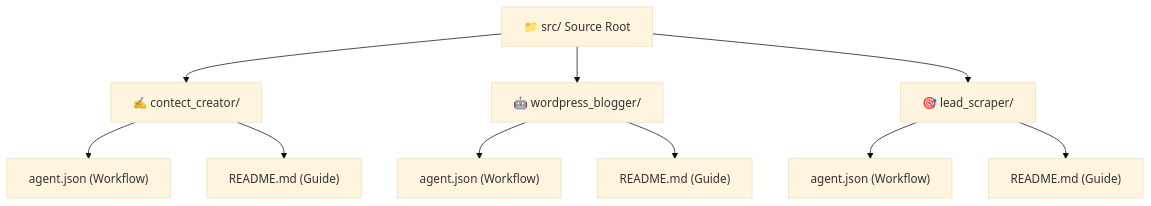
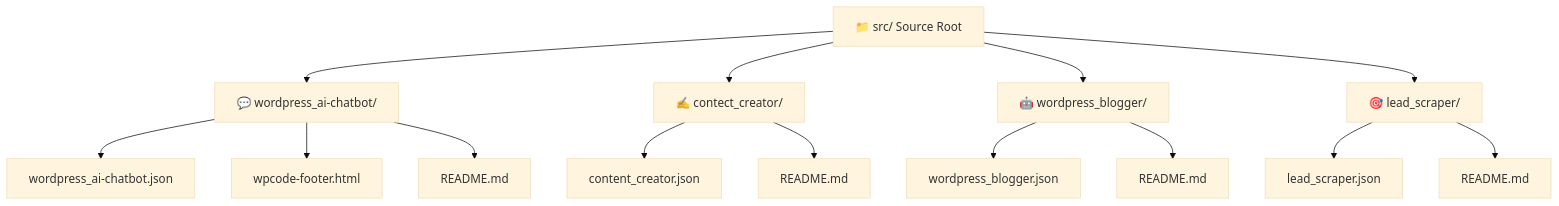
The diagram in src/README.md (beydah/N8N-AI-Agent), drawn with Mermaid (base theme) before and after one commit. The commit also changed other lines of this file and 11 other files, not shown here.

Commit message:
feat: generalize wordpress ai chatbot, rename agent json files, and upgrade all readmes

````diff
--- a/src/README.md
+++ b/src/README.md
@@ -17,13 +17,20 @@
 ```mermaid
 graph TD
-    Source["📁 src/ Source Root"] --> Content["✍️ contect_creator/"]
+    Source["📁 src/ Source Root"] --> Chatbot["💬 wordpress_ai-chatbot/"]
+    Source --> Content["✍️ contect_creator/"]
     Source --> Blogger["🤖 wordpress_blogger/"]
     Source --> Leads["🎯 lead_scraper/"]
 
-    Content --> ContentJson["agent.json (Workflow)"]
-    Content --> ContentReadme["README.md (Guide)"]
-    Blogger --> BloggerJson["agent.json (Workflow)"]
-    Blogger --> BloggerReadme["README.md (Guide)"]
-    Leads --> LeadsJson["agent.json (Workflow)"]
-    Leads --> LeadsReadme["README.md (Guide)"]
+    Chatbot --> ChatbotJson["wordpress_ai-chatbot.json"]
+    Chatbot --> ChatbotHtml["wpcode-footer.html"]
+    Chatbot --> ChatbotReadme["README.md"]
+
+    Content --> ContentJson["content_creator.json"]
+    Content --> ContentReadme["README.md"]
+
+    Blogger --> BloggerJson["wordpress_blogger.json"]
+    Blogger --> BloggerReadme["README.md"]
+
+    Leads --> LeadsJson["lead_scraper.json"]
+    Leads --> LeadsReadme["README.md"]
 ```
````
